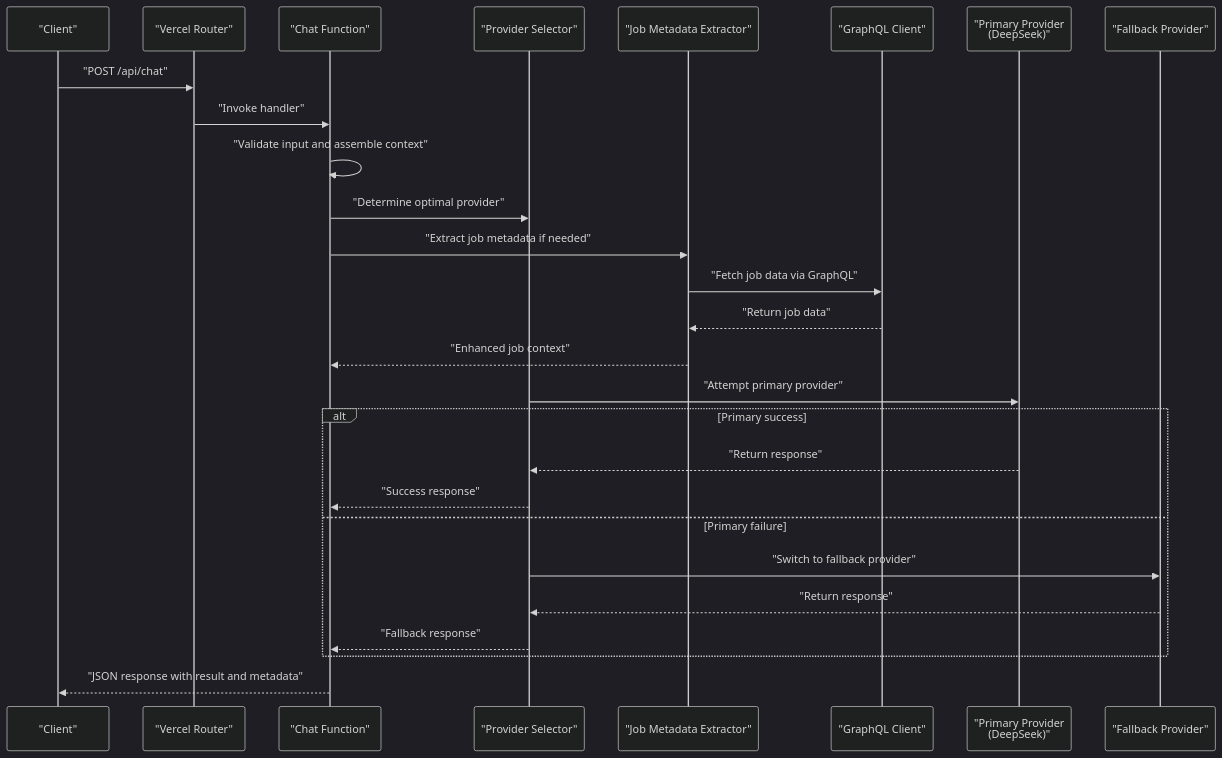
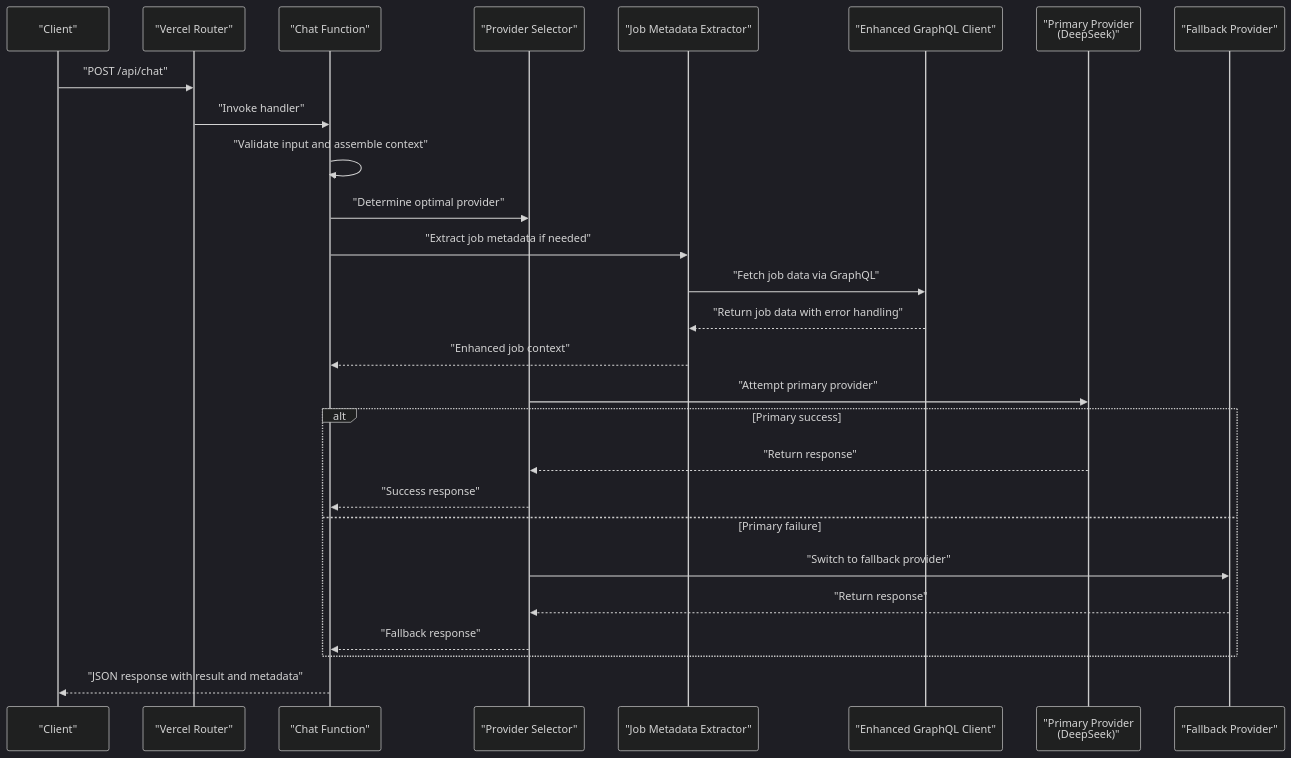
The second of 9 diagrams in .qoder/repowiki/en/content/API Reference/Chat API.md (zmyeo54/briefroom), drawn with Mermaid (dark theme) before and after one commit. The commit also changed other lines of this file and 13 other files, not shown here.

````diff
--- a/.qoder/repowiki/en/content/API Reference/Chat API.md
+++ b/.qoder/repowiki/en/content/API Reference/Chat API.md
@@ -99,29 +102,29 @@
 ```mermaid
 sequenceDiagram
 participant C as "Client"
 participant V as "Vercel Router"
 participant F as "Chat Function"
 participant PS as "Provider Selector"
 participant JM as "Job Metadata Extractor"
-participant GQ as "GraphQL Client"
+participant GQ as "Enhanced GraphQL Client"
 participant P1 as "Primary Provider<br/>(DeepSeek)"
 participant P2 as "Fallback Provider"
 C->>V : "POST /api/chat"
 V->>F : "Invoke handler"
 F->>F : "Validate input and assemble context"
 F->>PS : "Determine optimal provider"
 F->>JM : "Extract job metadata if needed"
 JM->>GQ : "Fetch job data via GraphQL"
-GQ-->>JM : "Return job data"
+GQ-->>JM : "Return job data with error handling"
 JM-->>F : "Enhanced job context"
 PS->>P1 : "Attempt primary provider"
 alt Primary success
 P1-->>PS : "Return response"
 PS-->>F : "Success response"
 else Primary failure
 PS->>P2 : "Switch to fallback provider"
 P2-->>PS : "Return response"
 PS-->>F : "Fallback response"
 end
 F-->>C : "JSON response with result and metadata"
 ```
````
